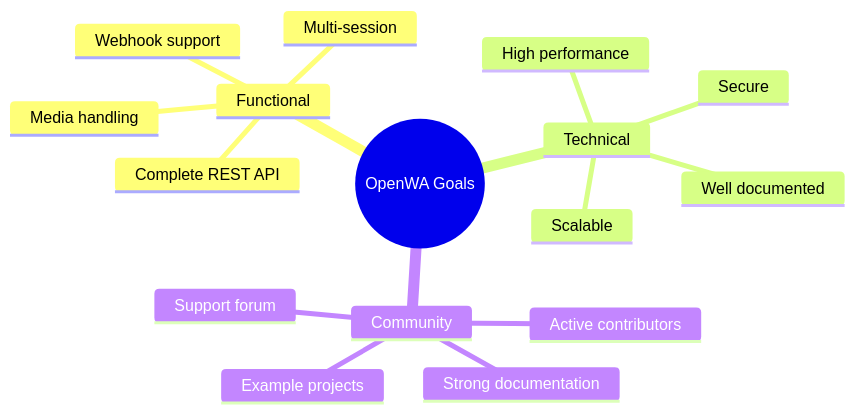
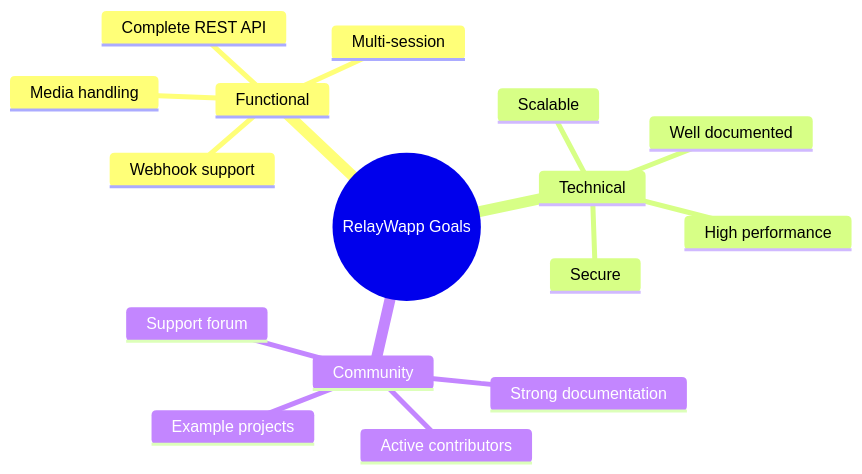
The second of 5 diagrams in docs/01-project-overview.md (FaisalKabirGalib/whitelabel-whatsapp-gateway), drawn with Mermaid before and after one commit. The commit also changed other lines of this file and 51 other files, not shown here.

Commit message:
docs: rebrand documentation for RelayWapp

````diff
--- a/docs/01-project-overview.md
+++ b/docs/01-project-overview.md
@@ -72,19 +72,19 @@
 ```mermaid
 mindmap
-  root((OpenWA Goals))
+  root((RelayWapp Goals))
     Functional
       Complete REST API
       Multi-session
       Webhook support
       Media handling
     Technical
       High performance
       Scalable
       Secure
       Well documented
     Community
       Active contributors
       Strong documentation
       Example projects
       Support forum
 ```
````
